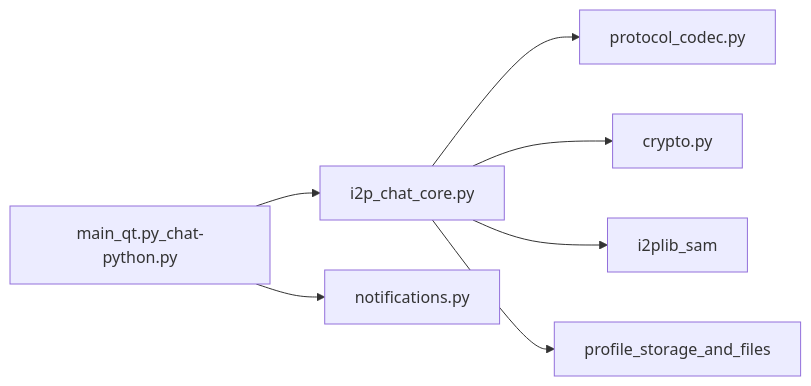
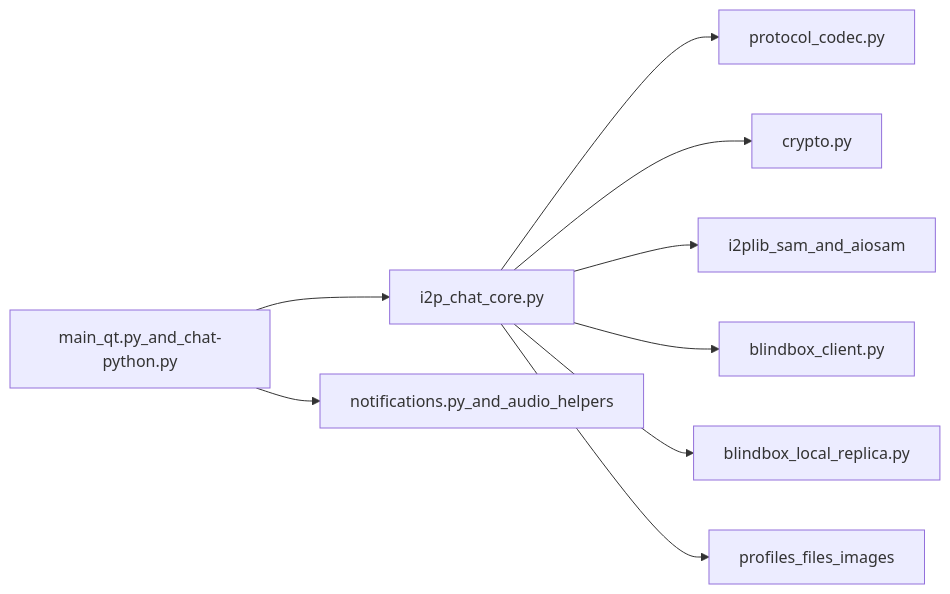
Before and after one commit to MetanoicArmor/I2PChat: the diagram in AUDIT_EN.md, drawn with Mermaid. The commit also changed other lines of this file and 11 other files, not shown here.

First line of the commit message:
fix(security): harden blindbox/local boundaries and audit pipeline

````diff
--- a/AUDIT_EN.md
+++ b/AUDIT_EN.md
@@ -40,9 +46,11 @@
 ```mermaid
 flowchart LR
-  guiEntry[main_qt.py_chat-python.py] --> coreEngine[i2p_chat_core.py]
-  coreEngine --> protocolCodec[protocol_codec.py]
-  coreEngine --> cryptoLayer[crypto.py]
-  coreEngine --> samLayer[i2plib_sam]
-  coreEngine --> localStorage[profile_storage_and_files]
-  guiEntry --> notifyLayer[notifications.py]
+  uiEntry[main_qt.py_and_chat-python.py] --> coreRuntime[i2p_chat_core.py]
+  coreRuntime --> protocolCodec[protocol_codec.py]
+  coreRuntime --> cryptoLayer[crypto.py]
+  coreRuntime --> samTransport[i2plib_sam_and_aiosam]
+  coreRuntime --> blindBoxClient[blindbox_client.py]
+  coreRuntime --> localReplica[blindbox_local_replica.py]
+  coreRuntime --> localStorage[profiles_files_images]
+  uiEntry --> localNotifiers[notifications.py_and_audio_helpers]
 ```
````
